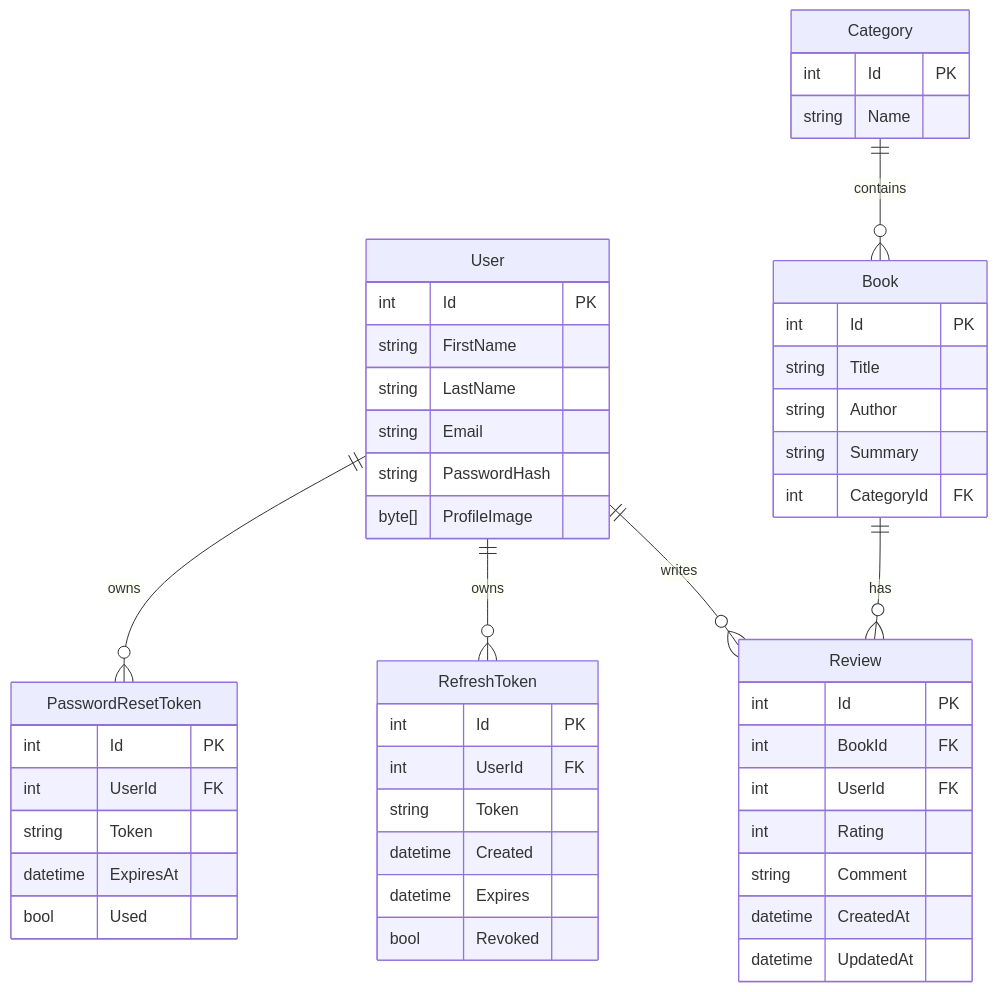
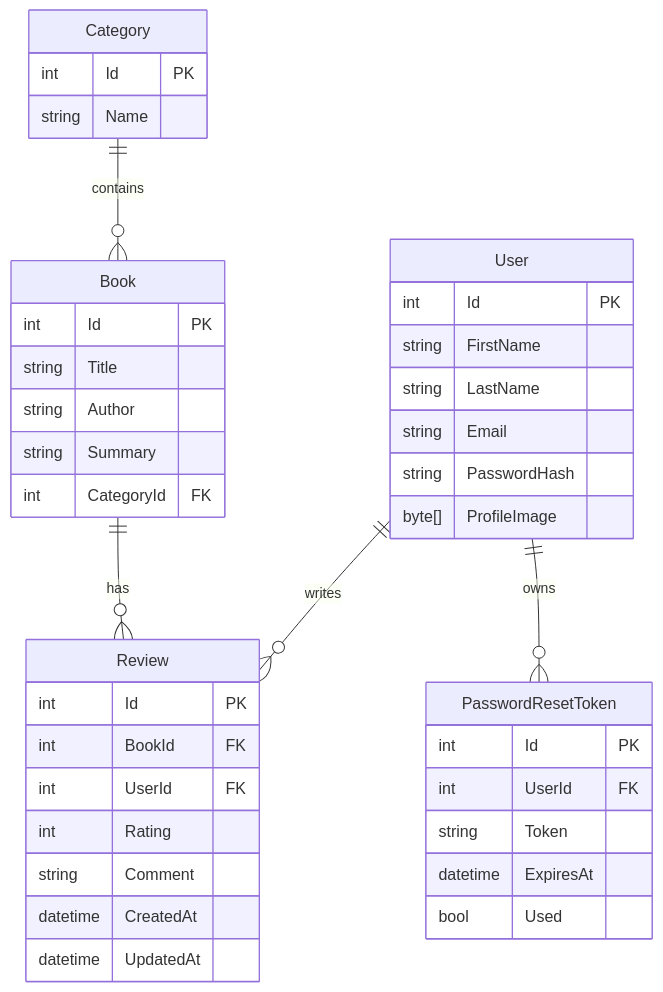
Before and after one commit to Cristian-Infante/Book_reviews: the diagram in README.md, drawn with Mermaid.

````diff
--- a/README.md
+++ b/README.md
@@ -3,52 +3,43 @@
 ```mermaid
 erDiagram
     User {
         int Id PK
         string FirstName
         string LastName
         string Email
         string PasswordHash
         byte[] ProfileImage
     }
     Category {
         int Id PK
         string Name
     }
     Book {
         int Id PK
         string Title
         string Author
         string Summary
         int CategoryId FK
     }
     Review {
         int Id PK
         int BookId FK
         int UserId FK
         int Rating
         string Comment
         datetime CreatedAt
         datetime UpdatedAt
     }
-    RefreshToken {
-        int Id PK
-        int UserId FK
-        string Token
-        datetime Created
-        datetime Expires
-        bool Revoked
-    }
     PasswordResetToken {
         int Id PK
         int UserId FK
         string Token
         datetime ExpiresAt
         bool Used
     }
 
     User ||--o{ Review                : writes
     Book ||--o{ Review                : has
     Category ||--o{ Book              : contains
-    User ||--o{ RefreshToken          : owns
     User ||--o{ PasswordResetToken    : owns
 ```
````
